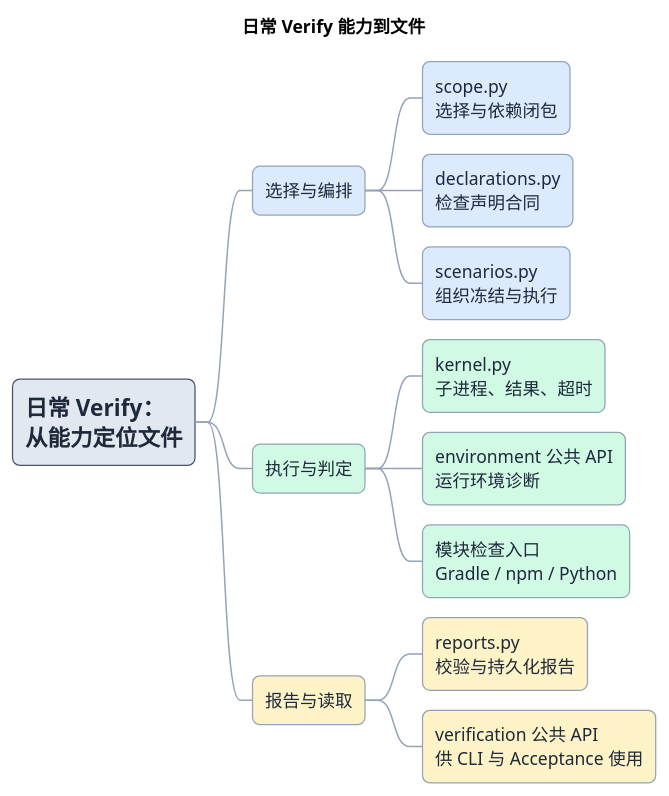
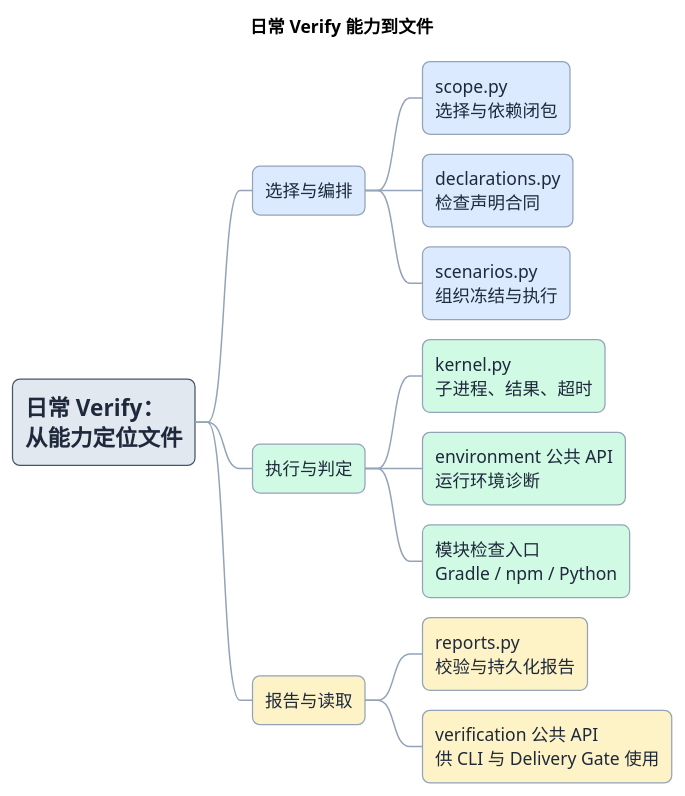
One commit to iampkuhz/lexiflow changed the second of 2 diagrams in docs/development/change-delivery/verification.md. Above: the diagram before and after it, drawn with PlantUML. The commit also changed other lines of this file and 19 other files, not shown here.

Commit message:
docs: align local operations and delivery gate terminology

````diff
--- a/docs/development/change-delivery/verification.md
+++ b/docs/development/change-delivery/verification.md
@@ -52,43 +52,43 @@
 ```plantuml
 @startmindmap
 skinparam backgroundColor #FFFFFF
 skinparam shadowing false
 <style>
 mindmapDiagram {
   node {
     FontColor #1E293B
     FontSize 14
     LineColor #94A3B8
     LineThickness 1
     RoundCorner 12
     Padding 10
     Margin 8
     MaximumWidth 180
   }
   rootNode {
     FontSize 18
     FontStyle bold
     LineColor #475569
   }
   arrow {
     LineColor #94A3B8
     LineThickness 1.2
   }
 }
 </style>
 title 日常 Verify 能力到文件
 
 +[#E2E8F0] 日常 Verify：从能力定位文件
 ++[#DBEAFE] 选择与编排
 +++[#DBEAFE] scope.py\n选择与依赖闭包
 +++[#DBEAFE] declarations.py\n检查声明合同
 +++[#DBEAFE] scenarios.py\n组织冻结与执行
 ++[#D1FAE5] 执行与判定
 +++[#D1FAE5] kernel.py\n子进程、结果、超时
 +++[#D1FAE5] environment 公共 API\n运行环境诊断
 +++[#D1FAE5] 模块检查入口\nGradle / npm / Python
 ++[#FEF3C7] 报告与读取
 +++[#FEF3C7] reports.py\n校验与持久化报告
-+++[#FEF3C7] verification 公共 API\n供 CLI 与 Acceptance 使用
++++[#FEF3C7] verification 公共 API\n供 CLI 与 Delivery Gate 使用
 @endmindmap
 ```
````
